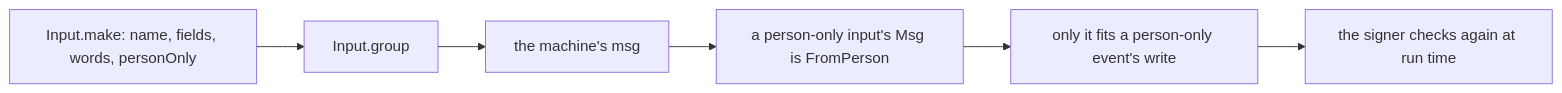
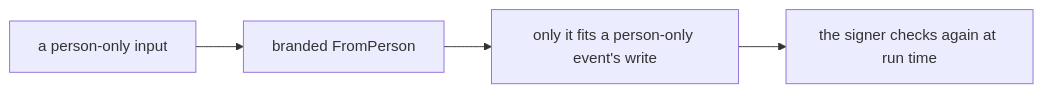
The diagram in .decisions/0258-inputs-are-plain-data.md (kamp-us/tea-fabrika), drawn with Mermaid before and after one commit. The commit also changed other lines of this file and 7 other files, not shown here.

````diff
--- a/.decisions/0258-inputs-are-plain-data.md
+++ b/.decisions/0258-inputs-are-plain-data.md
@@ -14,8 +14,6 @@
 ```mermaid
 flowchart LR
-  input["Input.make: name, fields, words, personOnly"] --> group["Input.group"]
-  group --> msg["the machine's msg"]
-  msg --> brand["a person-only input's Msg is FromPerson"]
+  input["a person-only input"] --> brand["branded FromPerson"]
   brand --> write["only it fits a person-only event's write"]
   write --> signer["the signer checks again at run time"]
 ```
````
